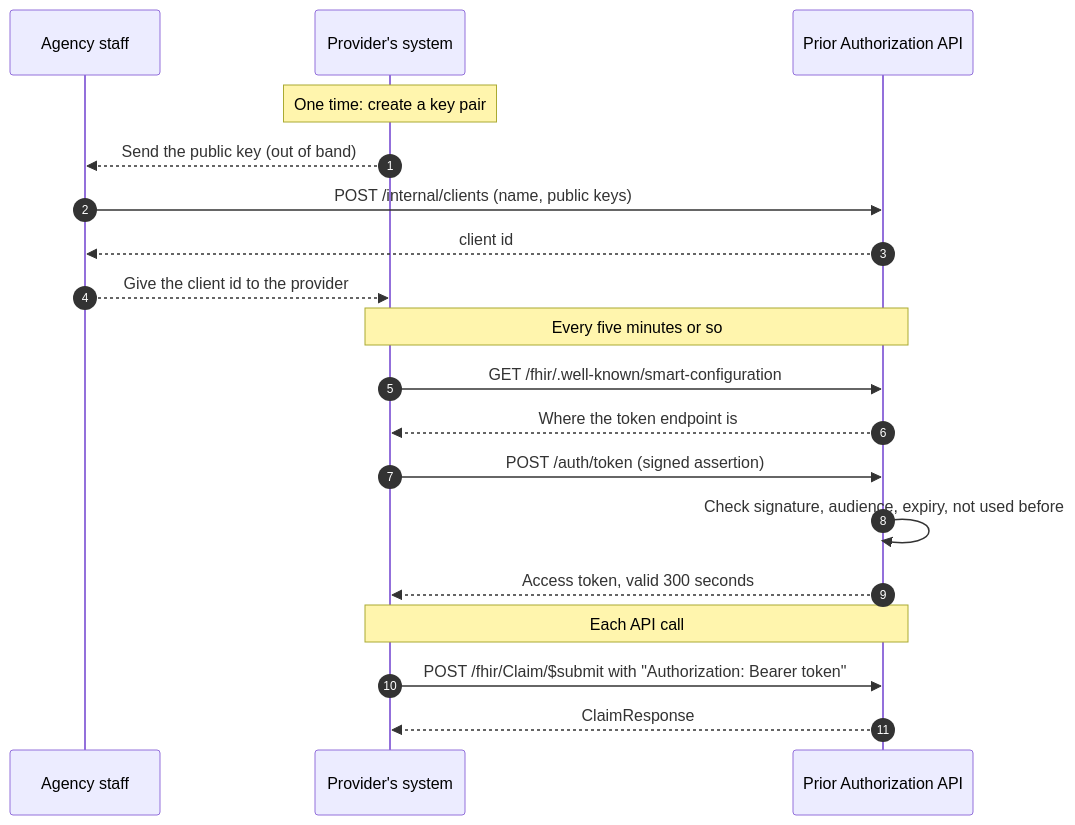
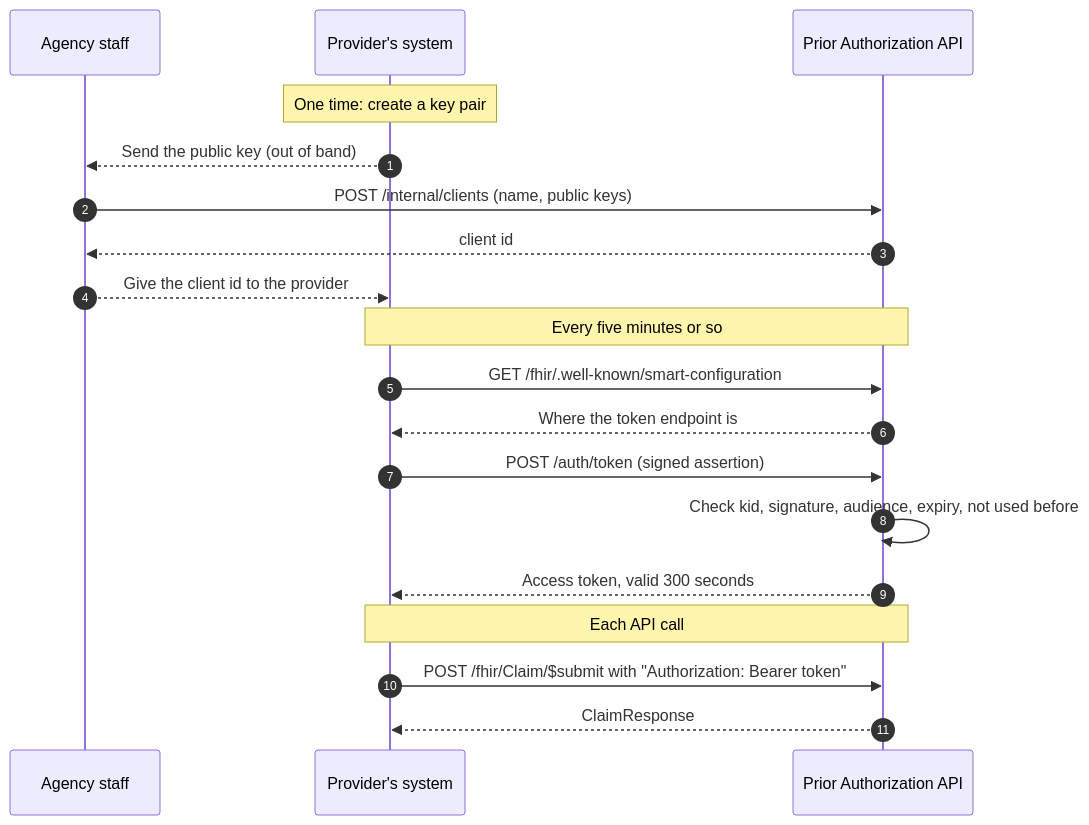
One commit to tngo0508/prior-auth-api changed the diagram in docs/05-sign-in.md. Above: the diagram before and after it, drawn with Mermaid. The commit also changed other lines of this file and 13 other files, not shown here.

````diff
--- a/docs/05-sign-in.md
+++ b/docs/05-sign-in.md
@@ -16,24 +16,24 @@
 ```mermaid
 sequenceDiagram
     autonumber
     participant STAFF as Agency staff
     participant EHR as Provider's system
     participant API as Prior Authorization API
 
     Note over EHR: One time: create a key pair
     EHR-->>STAFF: Send the public key (out of band)
     STAFF->>API: POST /internal/clients (name, public keys)
     API-->>STAFF: client id
     STAFF-->>EHR: Give the client id to the provider
 
     Note over EHR,API: Every five minutes or so
     EHR->>API: GET /fhir/.well-known/smart-configuration
     API-->>EHR: Where the token endpoint is
     EHR->>API: POST /auth/token (signed assertion)
-    API->>API: Check signature, audience, expiry, not used before
+    API->>API: Check kid, signature, audience, expiry, not used before
     API-->>EHR: Access token, valid 300 seconds
 
     Note over EHR,API: Each API call
     EHR->>API: POST /fhir/Claim/$submit with "Authorization: Bearer token"
     API-->>EHR: ClaimResponse
 ```
````
